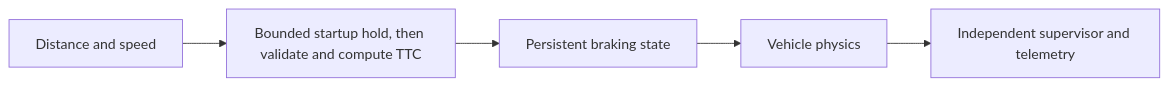
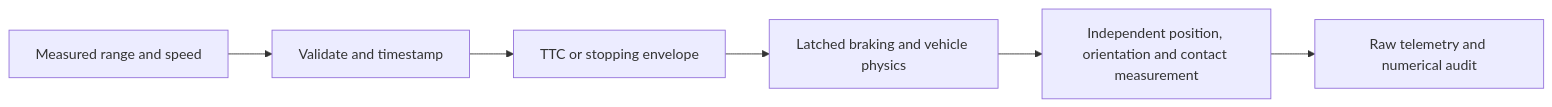
One commit to FerasElghandour/autonomous-braking-simulation changed the diagram in README.md. Above: the diagram before and after it, drawn with Mermaid. The commit also changed other lines of this file and 30 other files, not shown here.

Commit message:
Validate braking at measured cruise across 66 cases with retained failures and audited telemetry

````diff
--- a/README.md
+++ b/README.md
@@ -11,7 +19,8 @@
 ```mermaid
 flowchart LR
- A[Distance and speed] --> B[Bounded startup hold, then validate and compute TTC]
- B --> C[Persistent braking state]
- C --> D[Vehicle physics]
- D --> E[Independent supervisor and telemetry]
+ A[Measured range and speed] --> B[Validate and timestamp]
+ B --> C[TTC or stopping envelope]
+ C --> D[Latched braking and vehicle physics]
+ D --> E[Independent position, orientation and contact measurement]
+ E --> F[Raw telemetry and numerical audit]
 ```
````
